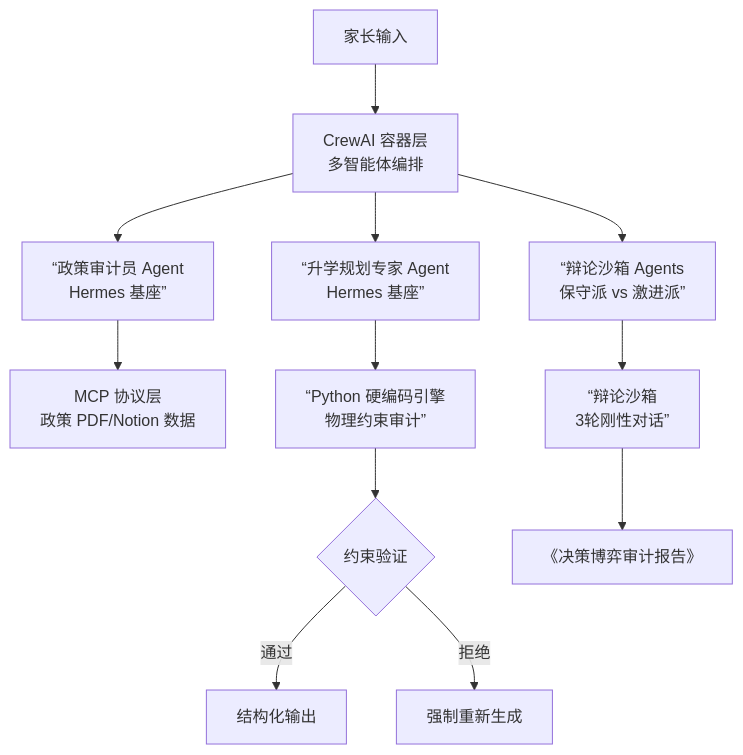
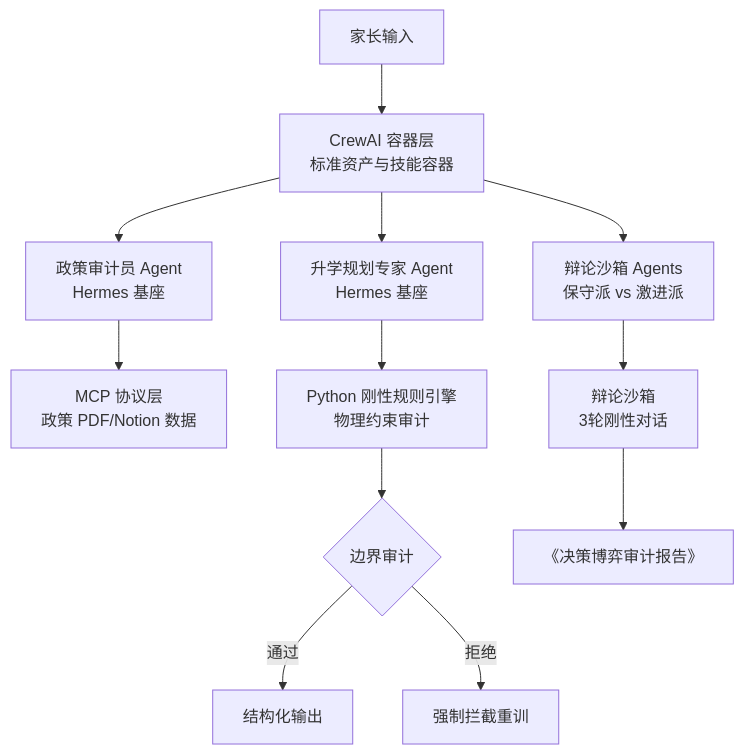
Before and after one commit to canglangxifeng/HaidianParent.skill: the diagram in README.md, drawn with Mermaid. The commit also changed other lines of this file and 1 other file, not shown here.

````diff
--- a/README.md
+++ b/README.md
@@ -36,17 +65,17 @@
 ```mermaid
 flowchart TD
-    U[家长输入] --> C[CrewAI 容器层<br/>多智能体编排]
-    C --> A1[“政策审计员 Agent<br/>Hermes 基座”]
-    C --> A2[“升学规划专家 Agent<br/>Hermes 基座”]
-    C --> A3[“辩论沙箱 Agents<br/>保守派 vs 激进派”]
+    U[家长输入] --> C[CrewAI 容器层<br/>标准资产与技能容器]
+    C --> A1["政策审计员 Agent<br/>Hermes 基座"]
+    C --> A2["升学规划专家 Agent<br/>Hermes 基座"]
+    C --> A3["辩论沙箱 Agents<br/>保守派 vs 激进派"]
     
     A1 --> MCP[MCP 协议层<br/>政策 PDF/Notion 数据]
-    A2 --> PE[“Python 硬编码引擎<br/>物理约束审计”]
-    A3 --> DS[“辩论沙箱<br/>3轮刚性对话”]
+    A2 --> PE["Python 刚性规则引擎<br/>物理约束审计"]
+    A3 --> DS["辩论沙箱<br/>3轮刚性对话"]
     
-    PE --> VC{约束验证}
+    PE --> VC{边界审计}
     VC -->|通过| O[结构化输出]
-    VC -->|拒绝| R[强制重新生成]
+    VC -->|拒绝| R[强制拦截重训]
     
     DS --> DR[《决策博弈审计报告》]
 ```
````
